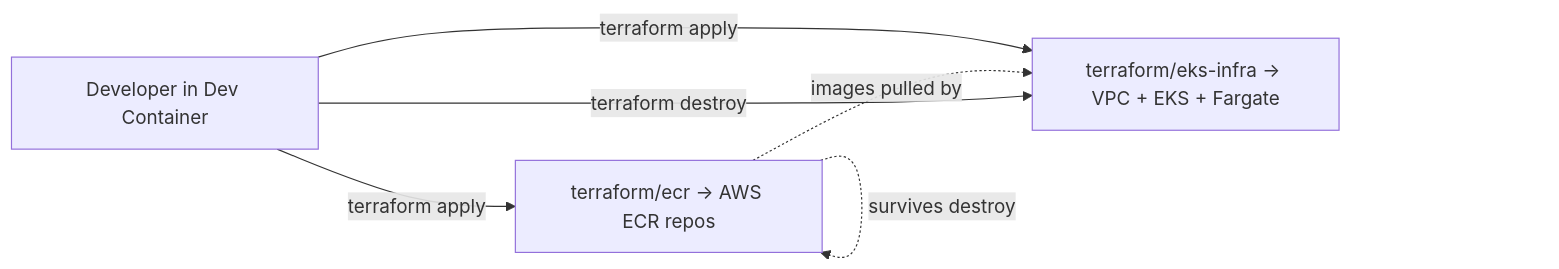
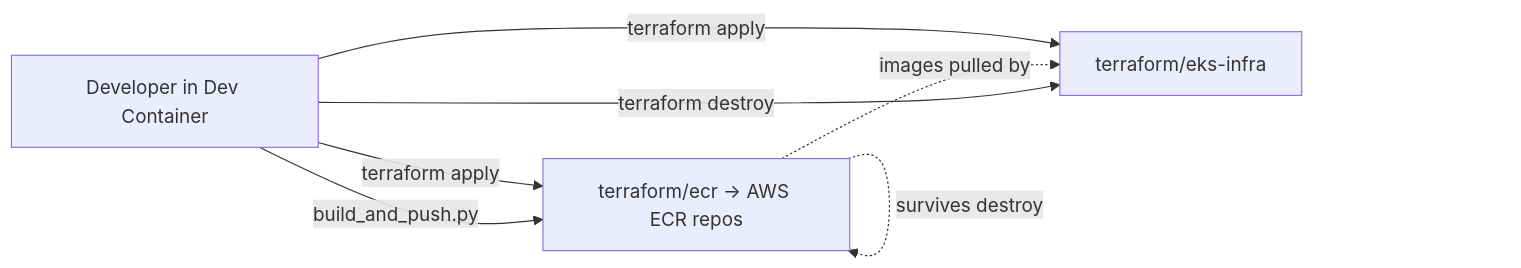
Before and after one commit to mvtthxw/tf-project-2: the first of 2 diagrams in docs/infra.md, drawn with Mermaid. The commit also changed other lines of this file and 16 other files, not shown here.

````diff
--- a/docs/infra.md
+++ b/docs/infra.md
@@ -18,8 +18,9 @@
 ```mermaid
 flowchart LR
   Dev[Developer in Dev Container] -->|terraform apply| ECR[terraform/ecr -> AWS ECR repos]
-  Dev -->|terraform apply| EKS[terraform/eks-infra -> VPC + EKS + Fargate]
-  ECR -.images pulled by.-> EKS
-  Dev -->|terraform destroy| EKS
+  Dev -->|build_and_push.py| ECR
+  Dev -->|terraform apply| EKSInfra[terraform/eks-infra]
+  ECR -.images pulled by.-> EKSInfra
+  Dev -->|terraform destroy| EKSInfra
   ECR -.survives destroy.-> ECR
 ```
````
